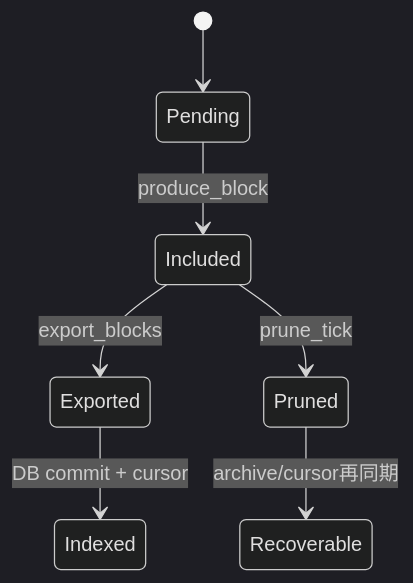
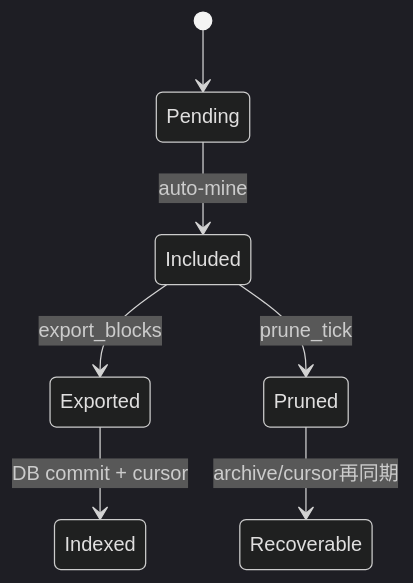
The third of 3 diagrams in whitepaper.md (humandebri/Kasane), drawn with Mermaid (dark theme) before and after one commit. The commit also changed other lines of this file and 21 other files, not shown here.

````diff
--- a/whitepaper.md
+++ b/whitepaper.md
@@ -166,9 +166,9 @@
 ```mermaid
 stateDiagram-v2
     [*] --> Pending
-    Pending --> Included: produce_block
+    Pending --> Included: auto-mine
     Included --> Exported: export_blocks
     Exported --> Indexed: DB commit + cursor
     Included --> Pruned: prune_tick
     Pruned --> Recoverable: archive/cursor再同期
 ```
````
